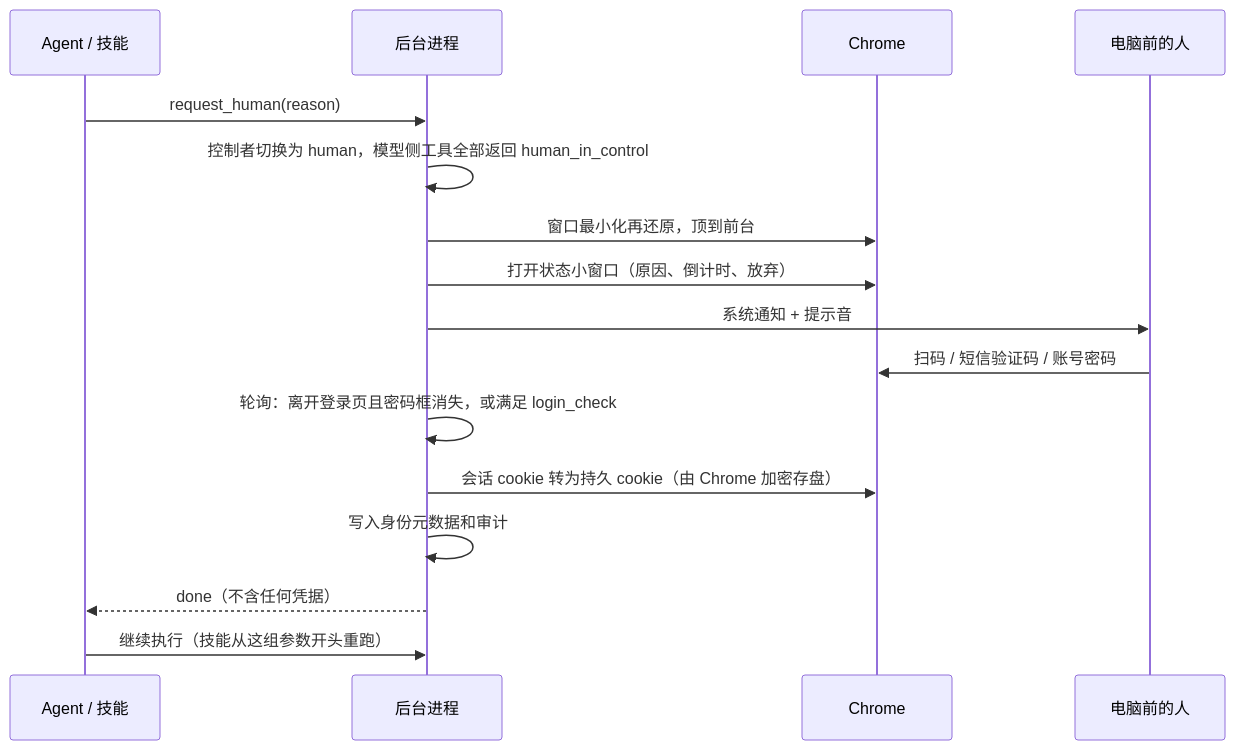
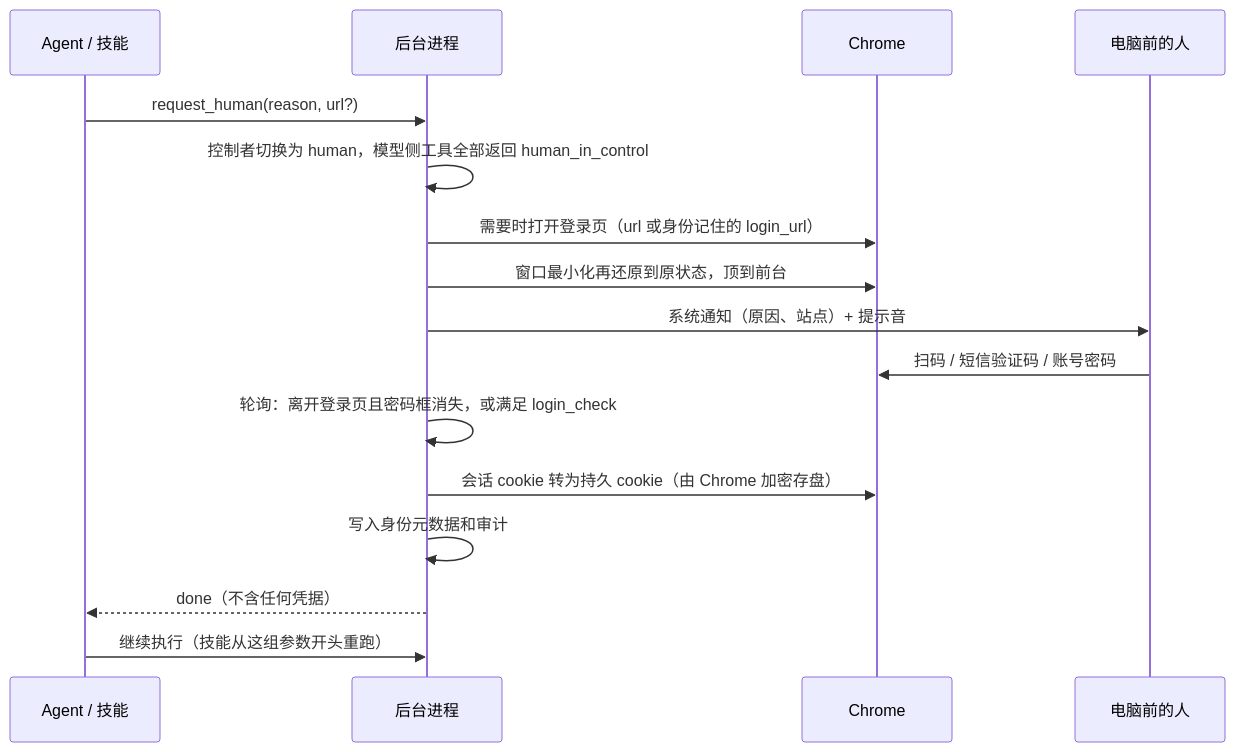
Before and after one commit to JiangnanZhang-2006/relaywright: the third of 3 diagrams in docs/architecture.md, drawn with Mermaid. The commit also changed other lines of this file and 22 other files, not shown here.

First line of the commit message:
fix: password-like fields, remembered login url, toast-only handoff

````diff
--- a/docs/architecture.md
+++ b/docs/architecture.md
@@ -235,19 +238,19 @@
 ```mermaid
 sequenceDiagram
   participant A as Agent / 技能
   participant D as 后台进程
   participant B as Chrome
   participant H as 电脑前的人
 
-  A->>D: request_human(reason)
+  A->>D: request_human(reason, url?)
   D->>D: 控制者切换为 human，模型侧工具全部返回 human_in_control
-  D->>B: 窗口最小化再还原，顶到前台
-  D->>B: 打开状态小窗口（原因、倒计时、放弃）
-  D->>H: 系统通知 + 提示音
+  D->>B: 需要时打开登录页（url 或身份记住的 login_url）
+  D->>B: 窗口最小化再还原到原状态，顶到前台
+  D->>H: 系统通知（原因、站点）+ 提示音
   H->>B: 扫码 / 短信验证码 / 账号密码
   D->>D: 轮询：离开登录页且密码框消失，或满足 login_check
   D->>B: 会话 cookie 转为持久 cookie（由 Chrome 加密存盘）
   D->>D: 写入身份元数据和审计
   D-->>A: done（不含任何凭据）
   A->>D: 继续执行（技能从这组参数开头重跑）
 ```
````
